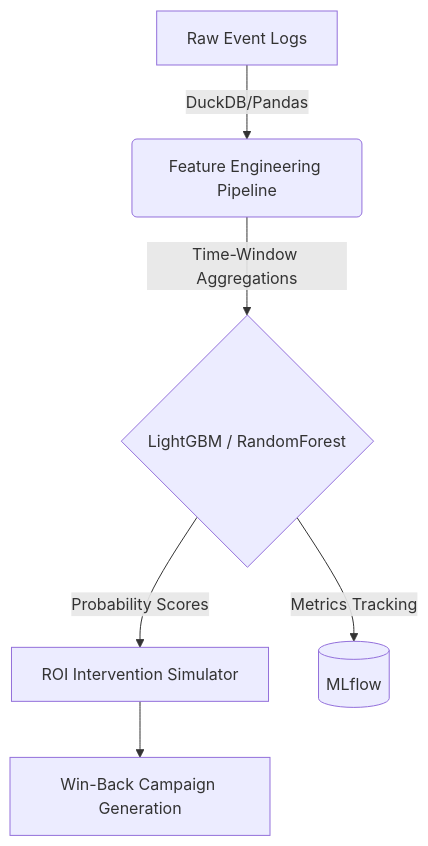
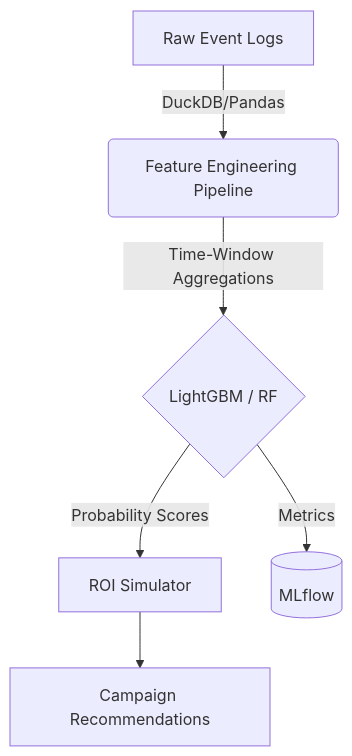
One commit to CCallahan308/saas-churn-simulator changed the diagram in README.md. Above: the diagram before and after it, drawn with Mermaid. The commit also changed other lines of this file, not shown here.

````diff
--- a/README.md
+++ b/README.md
@@ -7,8 +7,8 @@
 ```mermaid
 graph TD
     A[Raw Event Logs] -->|DuckDB/Pandas| B(Feature Engineering Pipeline)
-    B -->|Time-Window Aggregations| C{LightGBM / RandomForest}
-    C -->|Probability Scores| D[ROI Intervention Simulator]
-    C -->|Metrics Tracking| E[(MLflow)]
-    D --> F[Win-Back Campaign Generation]
+    B -->|Time-Window Aggregations| C{LightGBM / RF}
+    C -->|Probability Scores| D[ROI Simulator]
+    C -->|Metrics| E[(MLflow)]
+    D --> F[Campaign Recommendations]
 ```
````
